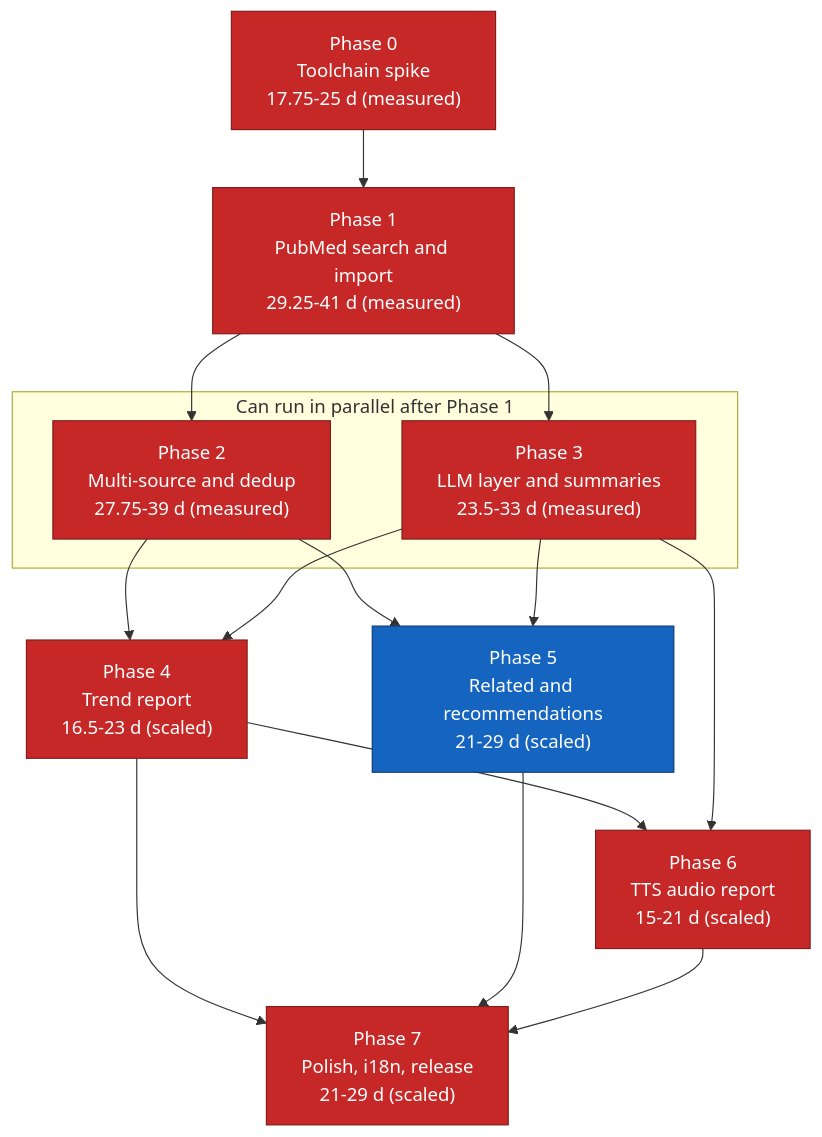
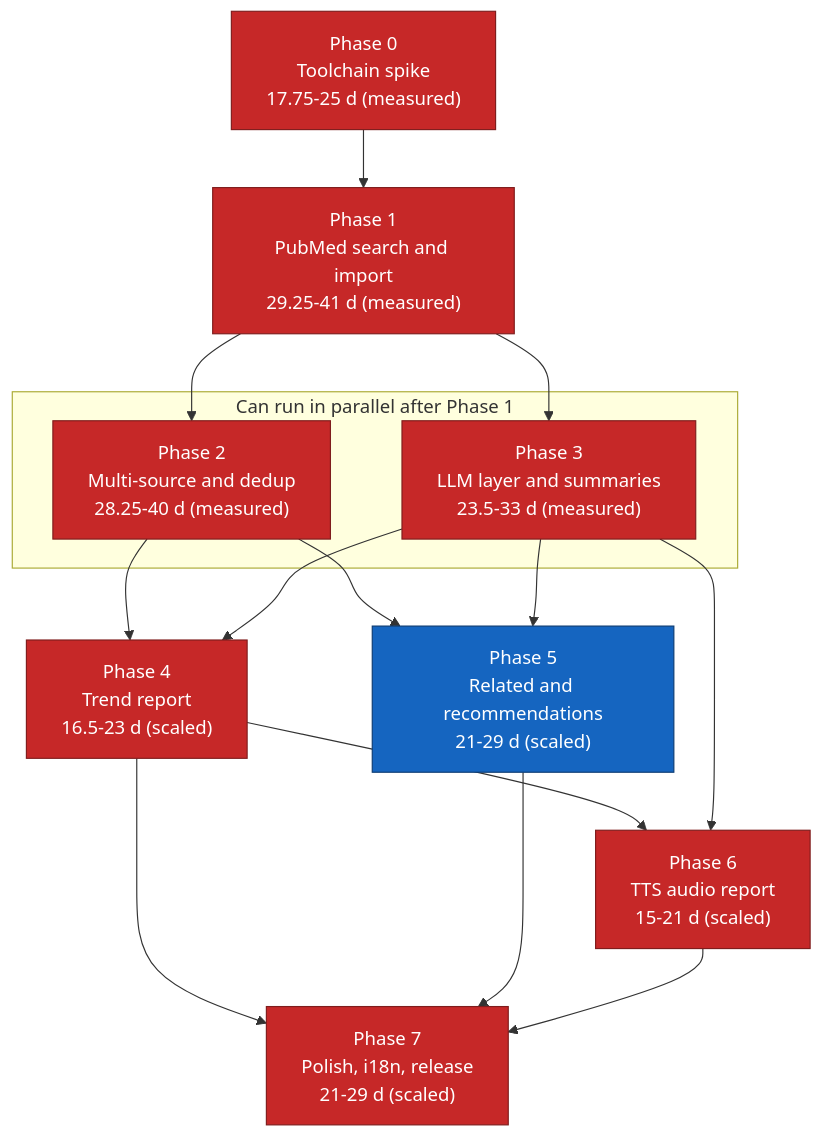
Before and after one commit to suppakoko/research_helper: the diagram in docs/11-implementation-roadmap.md, drawn with Mermaid. The commit also changed other lines of this file and 6 other files, not shown here.

````diff
--- a/docs/11-implementation-roadmap.md
+++ b/docs/11-implementation-roadmap.md
@@ -326,34 +326,34 @@
 ```mermaid
 graph TD
     P0["Phase 0<br/>Toolchain spike<br/>17.75-25 d (measured)"]
     P1["Phase 1<br/>PubMed search and import<br/>29.25-41 d (measured)"]
-    P2["Phase 2<br/>Multi-source and dedup<br/>27.75-39 d (measured)"]
+    P2["Phase 2<br/>Multi-source and dedup<br/>28.25-40 d (measured)"]
     P3["Phase 3<br/>LLM layer and summaries<br/>23.5-33 d (measured)"]
     P4["Phase 4<br/>Trend report<br/>16.5-23 d (scaled)"]
     P5["Phase 5<br/>Related and recommendations<br/>21-29 d (scaled)"]
     P6["Phase 6<br/>TTS audio report<br/>15-21 d (scaled)"]
     P7["Phase 7<br/>Polish, i18n, release<br/>21-29 d (scaled)"]
 
     P0 --> P1
     P1 --> P2
     P1 --> P3
     P2 --> P4
     P3 --> P4
     P2 --> P5
     P3 --> P5
     P4 --> P6
     P3 --> P6
     P4 --> P7
     P5 --> P7
     P6 --> P7
 
     subgraph parallel["Can run in parallel after Phase 1"]
         P2
         P3
     end
 
     classDef critical fill:#c62828,stroke:#7f1d1d,color:#ffffff
     classDef normal fill:#1565c0,stroke:#0d3c73,color:#ffffff
     class P0,P1,P2,P3,P4,P6,P7 critical
     class P5 normal
 ```
````
